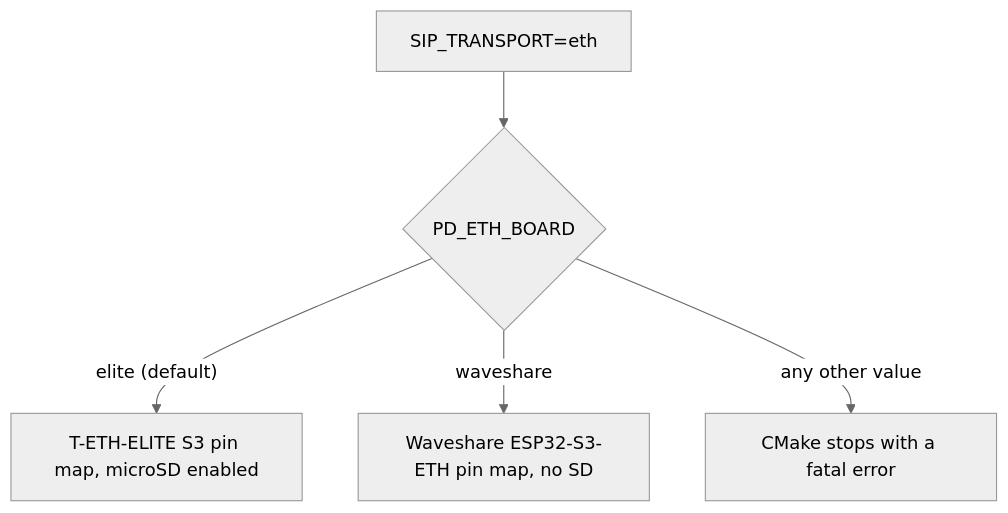
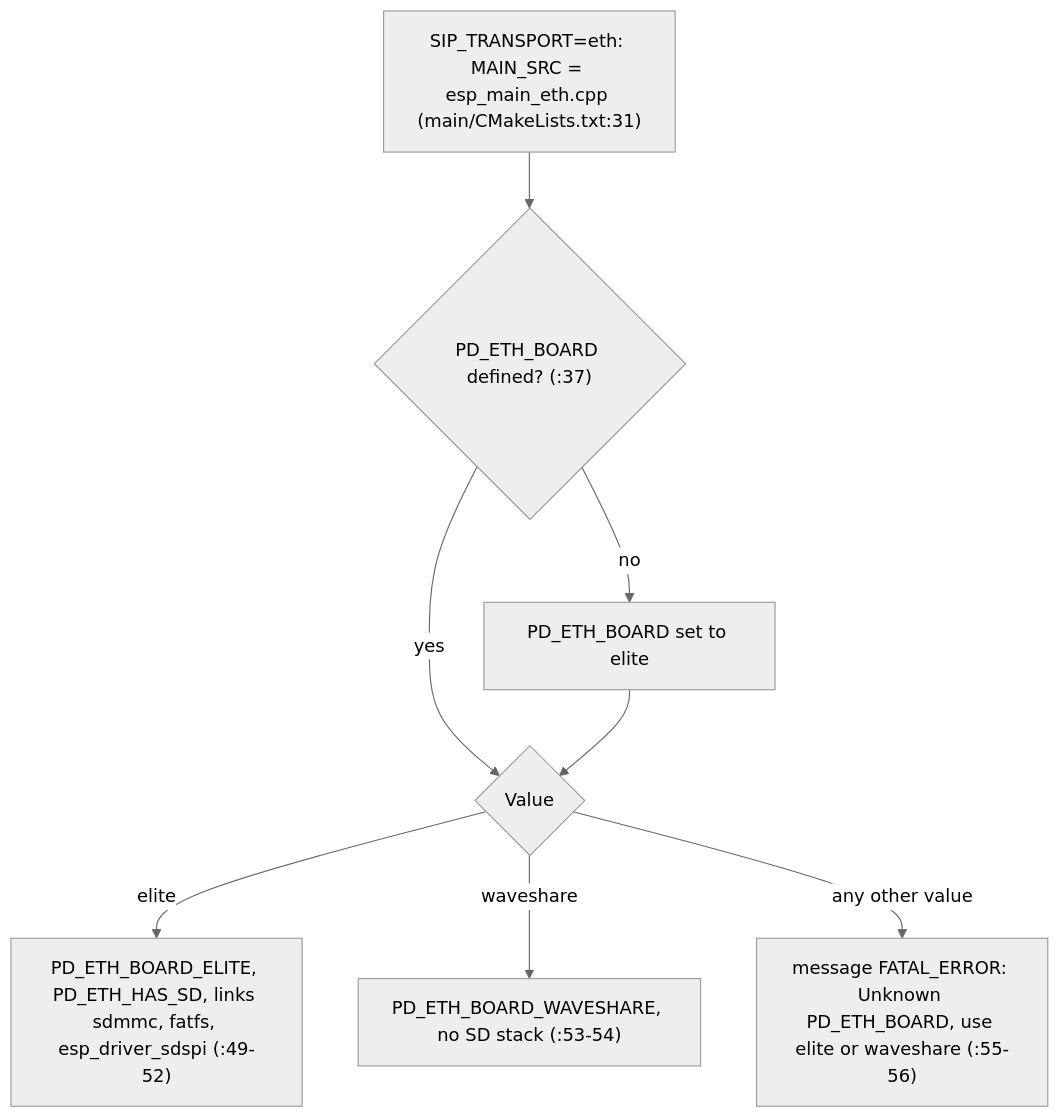
The diagram in docs/HARDWARE.md (GlomarGadaffi/pocket-dial), drawn with Mermaid (neutral theme) before and after one commit. The commit also changed 29 other files, not shown here.

First line of the commit message:
docs: make the Mermaid diagrams exact against main (#1105)

````diff
--- a/docs/HARDWARE.md
+++ b/docs/HARDWARE.md
@@ -23,7 +23,10 @@
 ```mermaid
 flowchart TD
-    A["SIP_TRANSPORT=eth"] --> B{"PD_ETH_BOARD"}
-    B -->|"elite (default)"| C["T-ETH-ELITE S3 pin map, microSD enabled"]
-    B -->|"waveshare"| D["Waveshare ESP32-S3-ETH pin map, no SD"]
-    B -->|"any other value"| E["CMake stops with a fatal error"]
+    A["SIP_TRANSPORT=eth: MAIN_SRC = esp_main_eth.cpp (main/CMakeLists.txt:31)"] --> N{"PD_ETH_BOARD defined? (:37)"}
+    N -->|"no"| B["PD_ETH_BOARD set to elite"]
+    N -->|"yes"| X{"Value"}
+    B --> X
+    X -->|"elite"| C["PD_ETH_BOARD_ELITE, PD_ETH_HAS_SD, links sdmmc, fatfs, esp_driver_sdspi (:49-52)"]
+    X -->|"waveshare"| D["PD_ETH_BOARD_WAVESHARE, no SD stack (:53-54)"]
+    X -->|"any other value"| E["message FATAL_ERROR: Unknown PD_ETH_BOARD, use elite or waveshare (:55-56)"]
 ```
````
